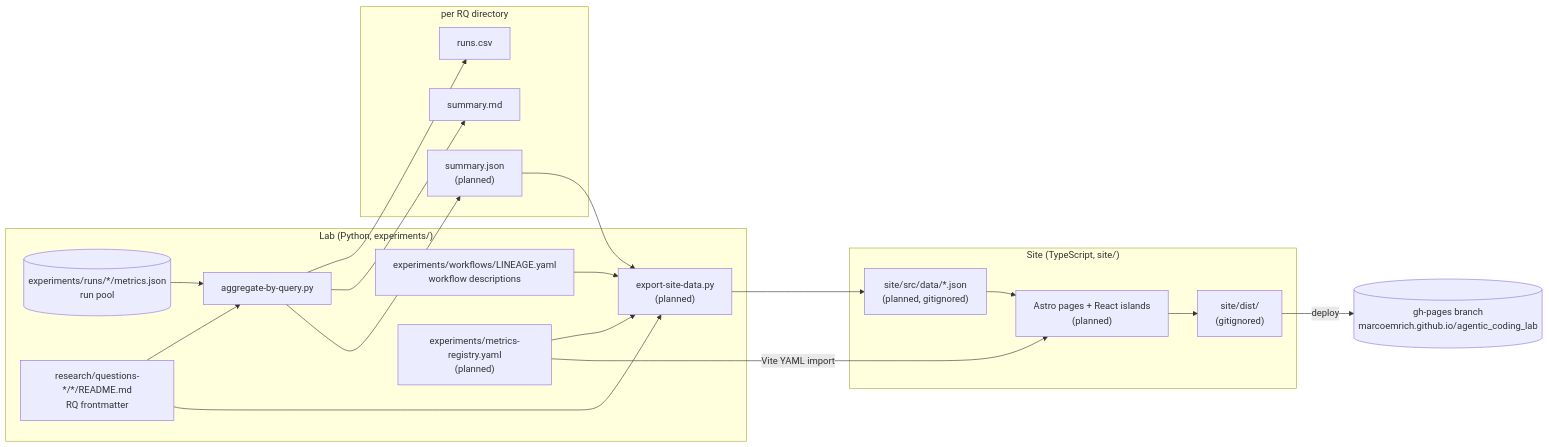
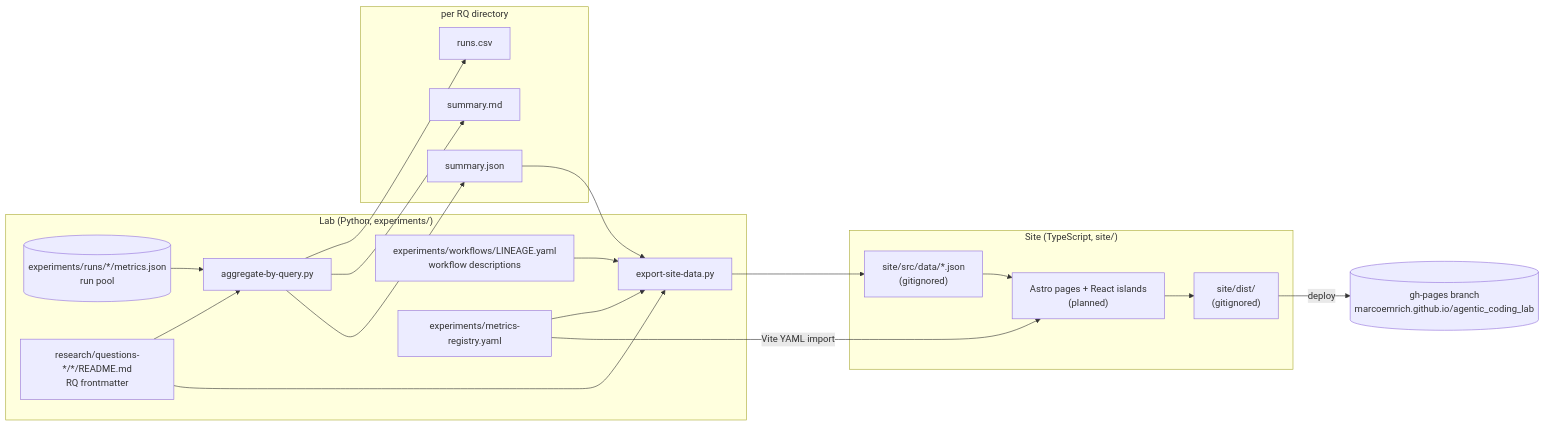
The first of 4 diagrams in site/docs/architecture.md (marcoemrich/agentic_coding_lab), drawn with Mermaid before and after one commit. The commit also changed other lines of this file and 20 other files, not shown here.

First line of the commit message:
Write summary.json and export the results site's data

````diff
--- a/site/docs/architecture.md
+++ b/site/docs/architecture.md
@@ -12,32 +12,32 @@
 ```mermaid
 flowchart LR
   subgraph lab["Lab (Python, experiments/)"]
     runs[("experiments/runs/*/metrics.json<br/>run pool")]
     rq["research/questions-*/*/README.md<br/>RQ frontmatter"]
     lin["experiments/workflows/LINEAGE.yaml<br/>workflow descriptions"]
-    reg["experiments/metrics-registry.yaml<br/>(planned)"]
+    reg["experiments/metrics-registry.yaml"]
     agg["aggregate-by-query.py"]
-    exp["export-site-data.py<br/>(planned)"]
+    exp["export-site-data.py"]
   end
   subgraph rqdir["per RQ directory"]
     csv["runs.csv"]
     md["summary.md"]
-    sj["summary.json<br/>(planned)"]
+    sj["summary.json"]
   end
   subgraph site["Site (TypeScript, site/)"]
-    data["site/src/data/*.json<br/>(planned, gitignored)"]
+    data["site/src/data/*.json<br/>(gitignored)"]
     astro["Astro pages + React islands<br/>(planned)"]
     dist["site/dist/<br/>(gitignored)"]
   end
   pages[("gh-pages branch<br/>marcoemrich.github.io/agentic_coding_lab")]
 
   runs --> agg
   rq --> agg
   agg --> csv & md & sj
   sj --> exp
   rq --> exp
   lin --> exp
   reg --> exp
   reg -->|Vite YAML import| astro
   exp --> data --> astro --> dist -->|deploy| pages
 ```
````
